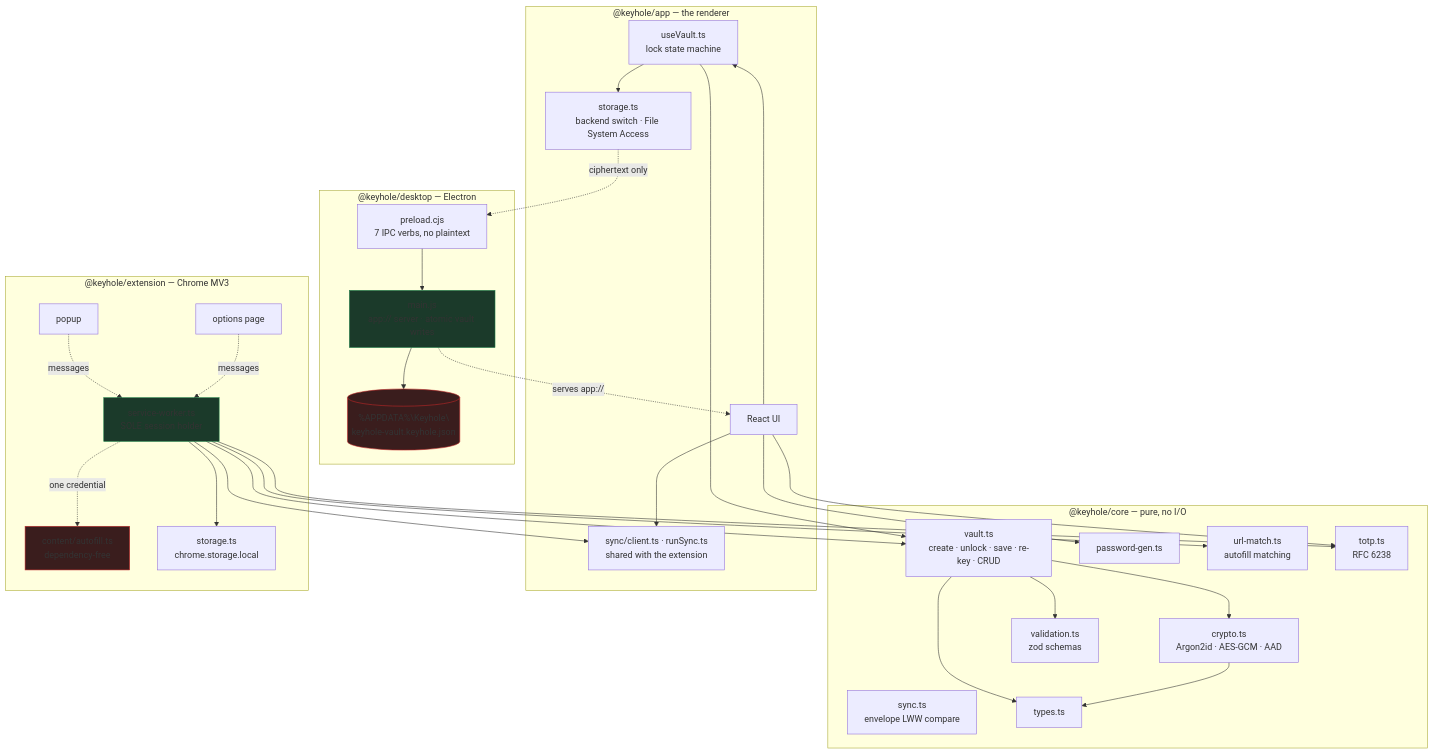
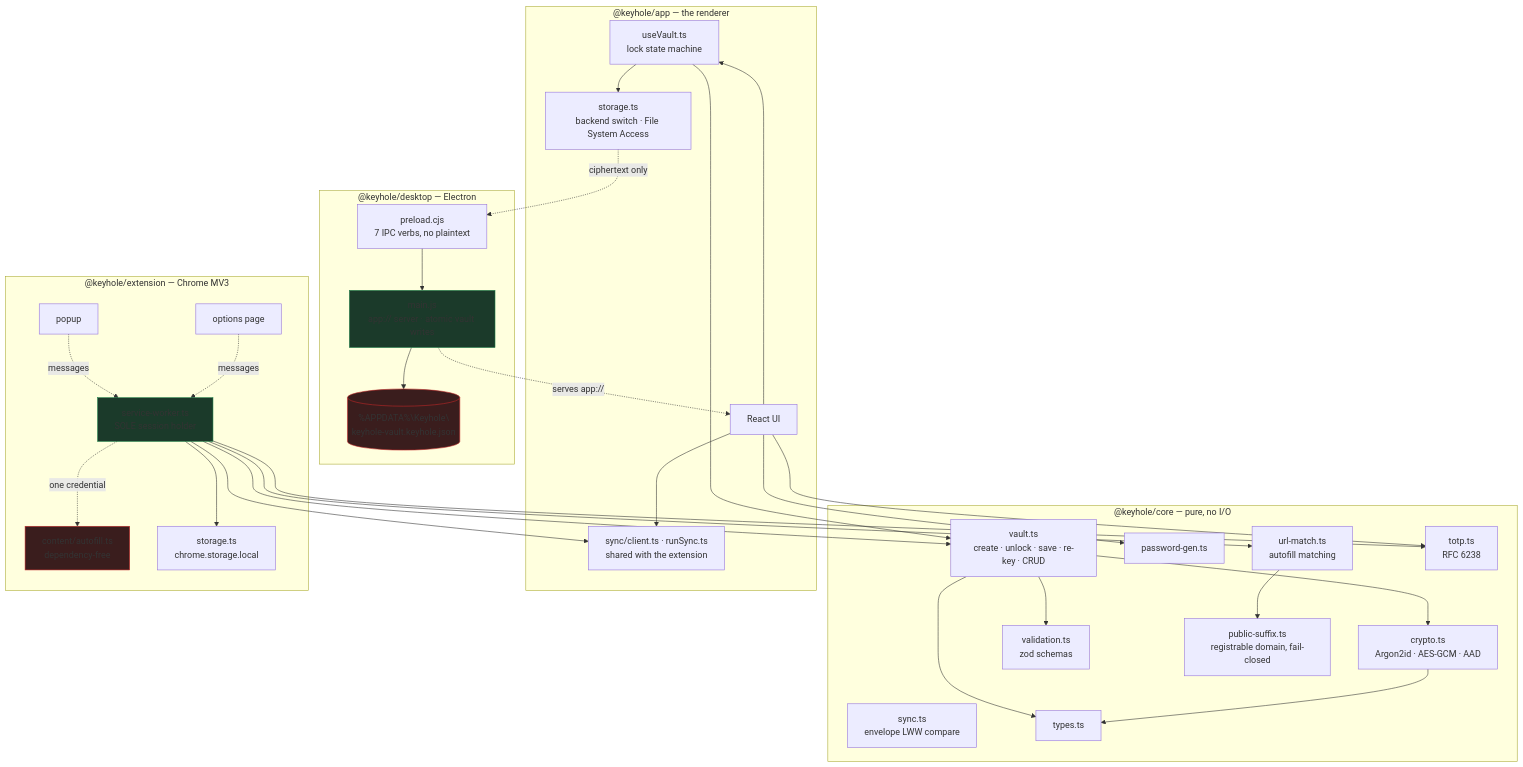
The first of 6 diagrams in ARCHITECTURE.md (m1hung/KeyHole), drawn with Mermaid before and after one commit. The commit also changed other lines of this file and 13 other files, not shown here.

````diff
--- a/ARCHITECTURE.md
+++ b/ARCHITECTURE.md
@@ -5,65 +5,68 @@
 ```mermaid
 graph TD
   subgraph core["@keyhole/core — pure, no I/O"]
     crypto["crypto.ts<br/>Argon2id · AES-GCM · AAD"]
     vault["vault.ts<br/>create · unlock · save · re-key · CRUD"]
     sync["sync.ts<br/>envelope LWW compare"]
     types["types.ts"]
     validation["validation.ts<br/>zod schemas"]
     gen["password-gen.ts"]
     urlmatch["url-match.ts<br/>autofill matching"]
+    psl["public-suffix.ts<br/>registrable domain, fail-closed"]
     totp["totp.ts<br/>RFC 6238"]
   end
 
   subgraph app["@keyhole/app — the renderer"]
     useVault["useVault.ts<br/>lock state machine"]
     appStorage["storage.ts<br/>backend switch · File System Access"]
     appUI["React UI"]
     syncClient["sync/client.ts · runSync.ts<br/>shared with the extension"]
   end
 
   subgraph desktop["@keyhole/desktop — Electron"]
     main["main.js<br/>app:// server · atomic vault writes"]
     preload["preload.cjs<br/>7 IPC verbs, no plaintext"]
     vaultFile[("%APPDATA%\Keyhole\<br/>keyhole-vault.keyhole.json")]
   end
 
   subgraph ext["@keyhole/extension — Chrome MV3"]
     sw["service-worker.ts<br/>SOLE session holder"]
     popup["popup"]
     options["options page"]
     content["content/autofill.ts<br/>dependency-free"]
     extStorage["storage.ts<br/>chrome.storage.local"]
   end
 
   vault --> crypto
   vault --> validation
   vault --> types
   crypto --> types
 
   useVault --> vault
   useVault --> appStorage
   appUI --> useVault
   appUI --> gen
   appUI --> totp
   appUI --> syncClient
 
   appStorage -.ciphertext only.-> preload
   preload --> main
   main --> vaultFile
   main -.serves app:// .-> appUI
 
+  urlmatch --> psl
+
   sw --> vault
   sw --> urlmatch
   sw --> totp
   sw --> extStorage
   sw --> syncClient
   popup -.messages.-> sw
   options -.messages.-> sw
   sw -.one credential.-> content
 
   style content fill:#3a1d1d,stroke:#c62828
   style sw fill:#1b3a2a,stroke:#1b7f47
   style main fill:#1b3a2a,stroke:#1b7f47
   style vaultFile fill:#3a1d1d,stroke:#c62828
 ```
````
